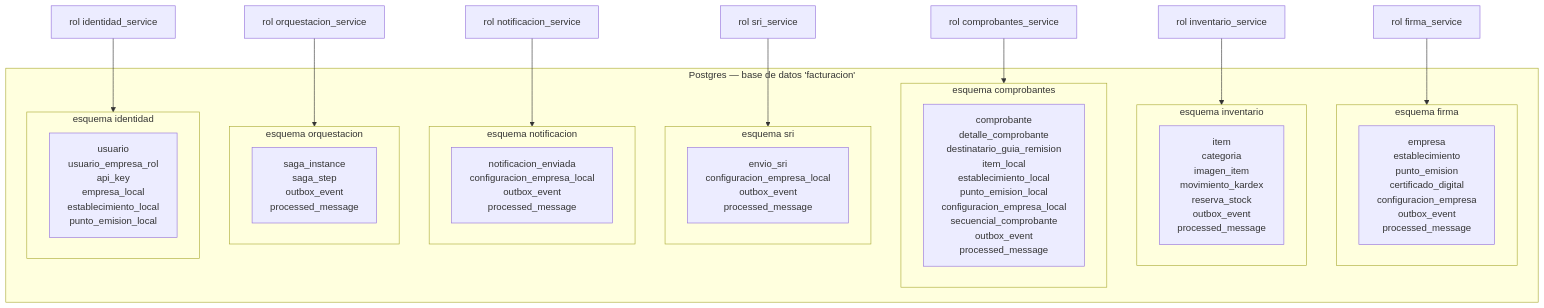
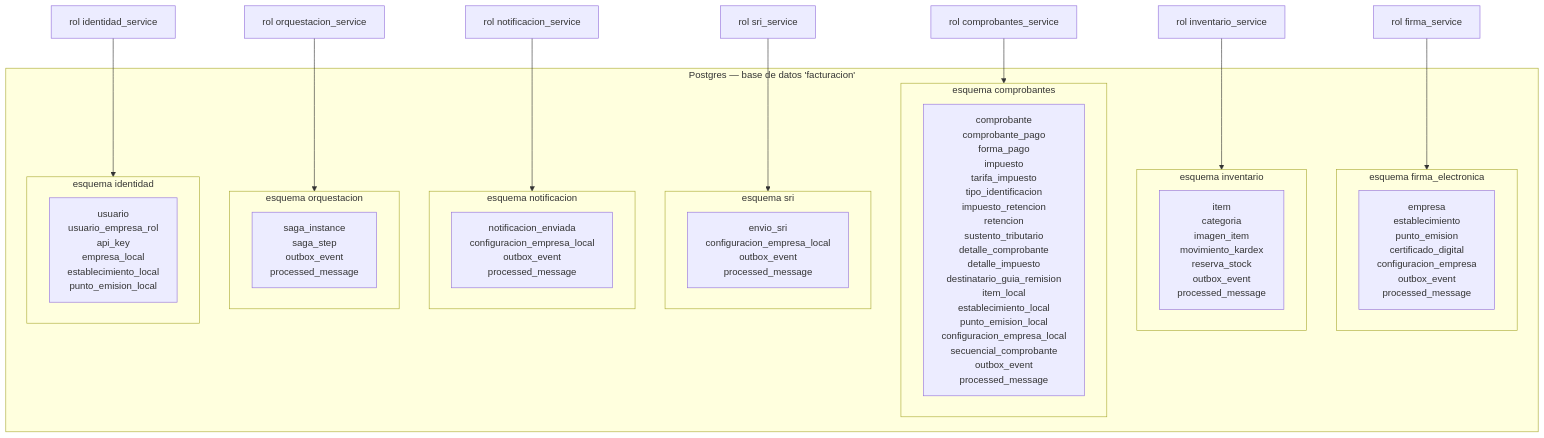
Before and after one commit to ingcharles/docker-kafka: the fourth of 4 diagrams in facturacion-electronica-ec/ARQUITECTURA.md, drawn with Mermaid. The commit also changed other lines of this file and 380 other files, not shown here.

````diff
--- a/facturacion-electronica-ec/ARQUITECTURA.md
+++ b/facturacion-electronica-ec/ARQUITECTURA.md
@@ -265,33 +307,33 @@
 ```mermaid
 graph TB
     subgraph PG["Postgres — base de datos 'facturacion'"]
-        subgraph S1["esquema firma"]
+        subgraph S1["esquema firma_electronica"]
             T1["empresa<br/>establecimiento<br/>punto_emision<br/>certificado_digital<br/>configuracion_empresa<br/>outbox_event<br/>processed_message"]
         end
         subgraph S2["esquema inventario"]
             T2["item<br/>categoria<br/>imagen_item<br/>movimiento_kardex<br/>reserva_stock<br/>outbox_event<br/>processed_message"]
         end
         subgraph S3["esquema comprobantes"]
-            T3["comprobante<br/>detalle_comprobante<br/>destinatario_guia_remision<br/>item_local<br/>establecimiento_local<br/>punto_emision_local<br/>configuracion_empresa_local<br/>secuencial_comprobante<br/>outbox_event<br/>processed_message"]
+            T3["comprobante<br/>comprobante_pago<br/>forma_pago<br/>impuesto<br/>tarifa_impuesto<br/>tipo_identificacion<br/>impuesto_retencion<br/>retencion<br/>sustento_tributario<br/>detalle_comprobante<br/>detalle_impuesto<br/>destinatario_guia_remision<br/>item_local<br/>establecimiento_local<br/>punto_emision_local<br/>configuracion_empresa_local<br/>secuencial_comprobante<br/>outbox_event<br/>processed_message"]
         end
         subgraph S4["esquema sri"]
             T4["envio_sri<br/>configuracion_empresa_local<br/>outbox_event<br/>processed_message"]
         end
         subgraph S5["esquema notificacion"]
             T5["notificacion_enviada<br/>configuracion_empresa_local<br/>outbox_event<br/>processed_message"]
         end
         subgraph S6["esquema orquestacion"]
             T6["saga_instance<br/>saga_step<br/>outbox_event<br/>processed_message"]
         end
         subgraph S7["esquema identidad"]
             T7["usuario<br/>usuario_empresa_rol<br/>api_key<br/>empresa_local<br/>establecimiento_local<br/>punto_emision_local"]
         end
     end
     R1["rol firma_service"] --> S1
     R2["rol inventario_service"] --> S2
     R3["rol comprobantes_service"] --> S3
     R4["rol sri_service"] --> S4
     R5["rol notificacion_service"] --> S5
     R6["rol orquestacion_service"] --> S6
     R7["rol identidad_service"] --> S7
 ```
````
